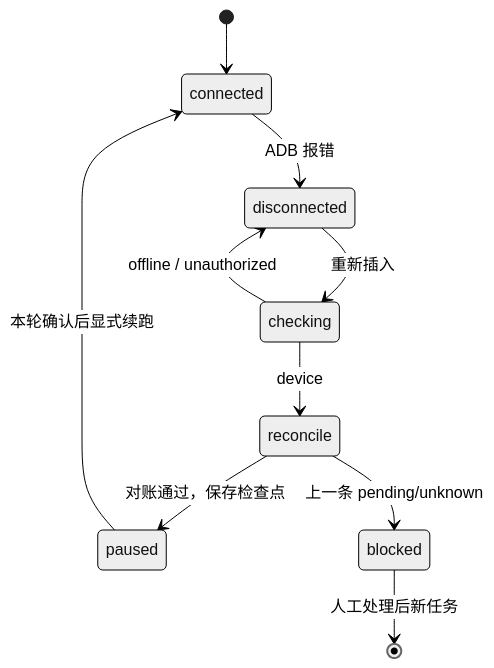
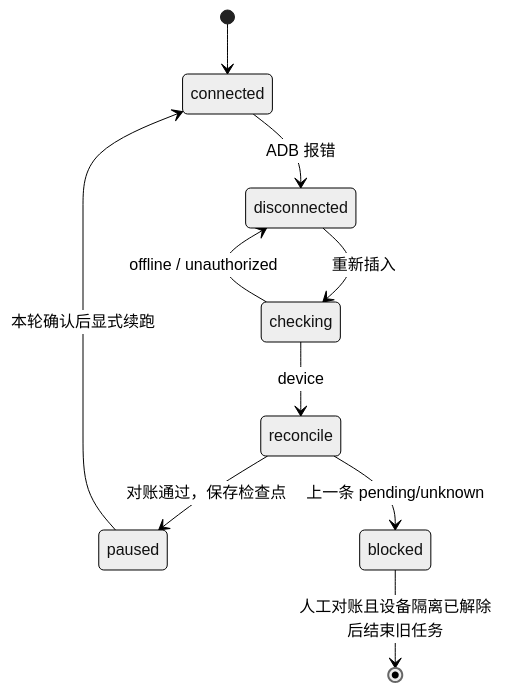
The sixth of 6 diagrams in docs/BOSS直聘_求职自动化_实施计划_20261123.md (bin448482/job-application-openagent), drawn with Mermaid (neutral theme) before and after one commit. The commit also changed other lines of this file and 4 other files, not shown here.

````diff
--- a/docs/BOSS直聘_求职自动化_实施计划_20261123.md
+++ b/docs/BOSS直聘_求职自动化_实施计划_20261123.md
@@ -160,12 +164,12 @@
 ```mermaid
 stateDiagram-v2
   [*] --> connected
   connected --> disconnected: ADB 报错
   disconnected --> checking: 重新插入
   checking --> disconnected: offline / unauthorized
   checking --> reconcile: device
   reconcile --> paused: 对账通过，保存检查点
   reconcile --> blocked: 上一条 pending/unknown
   paused --> connected: 本轮确认后显式续跑
-  blocked --> [*]: 人工处理后新任务
+  blocked --> [*]: 人工对账且设备隔离已解除后结束旧任务
 ```
````
